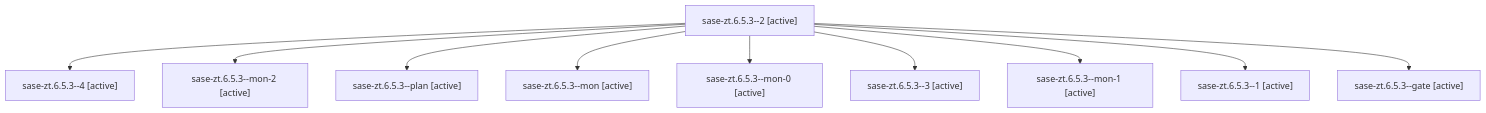
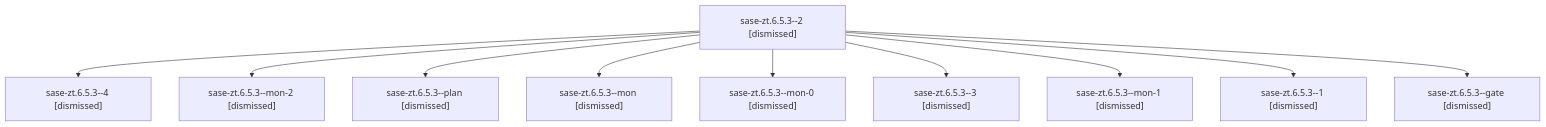
Before and after one commit to sase-org/sase--agents: the diagram in sessions/bbugyi200.athena.sase-zt.6.5.3.md, drawn with Mermaid. The commit also changed other lines of this file and 209 other files, not shown here.

````diff
--- a/sessions/bbugyi200.athena.sase-zt.6.5.3.md
+++ b/sessions/bbugyi200.athena.sase-zt.6.5.3.md
@@ -9,22 +9,22 @@
 ```mermaid
 flowchart TD
-  n0["sase-zt.6.5.3--2 [active]"]
-  n1["sase-zt.6.5.3--4 [active]"]
+  n0["sase-zt.6.5.3--2 [dismissed]"]
+  n1["sase-zt.6.5.3--4 [dismissed]"]
   n0 --> n1
-  n2["sase-zt.6.5.3--mon-2 [active]"]
+  n2["sase-zt.6.5.3--mon-2 [dismissed]"]
   n0 --> n2
-  n3["sase-zt.6.5.3--plan [active]"]
+  n3["sase-zt.6.5.3--plan [dismissed]"]
   n0 --> n3
-  n4["sase-zt.6.5.3--mon [active]"]
+  n4["sase-zt.6.5.3--mon [dismissed]"]
   n0 --> n4
-  n5["sase-zt.6.5.3--mon-0 [active]"]
+  n5["sase-zt.6.5.3--mon-0 [dismissed]"]
   n0 --> n5
-  n6["sase-zt.6.5.3--3 [active]"]
+  n6["sase-zt.6.5.3--3 [dismissed]"]
   n0 --> n6
-  n7["sase-zt.6.5.3--mon-1 [active]"]
+  n7["sase-zt.6.5.3--mon-1 [dismissed]"]
   n0 --> n7
-  n8["sase-zt.6.5.3--1 [active]"]
+  n8["sase-zt.6.5.3--1 [dismissed]"]
   n0 --> n8
-  n9["sase-zt.6.5.3--gate [active]"]
+  n9["sase-zt.6.5.3--gate [dismissed]"]
   n0 --> n9
 ```
````
